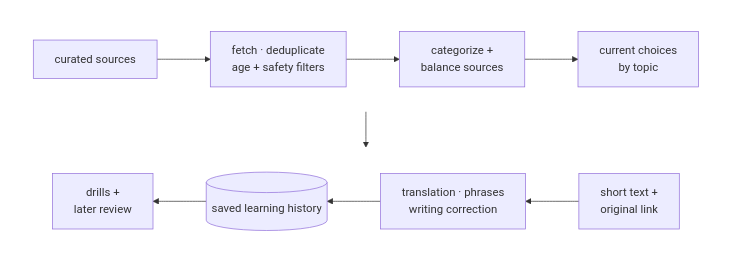
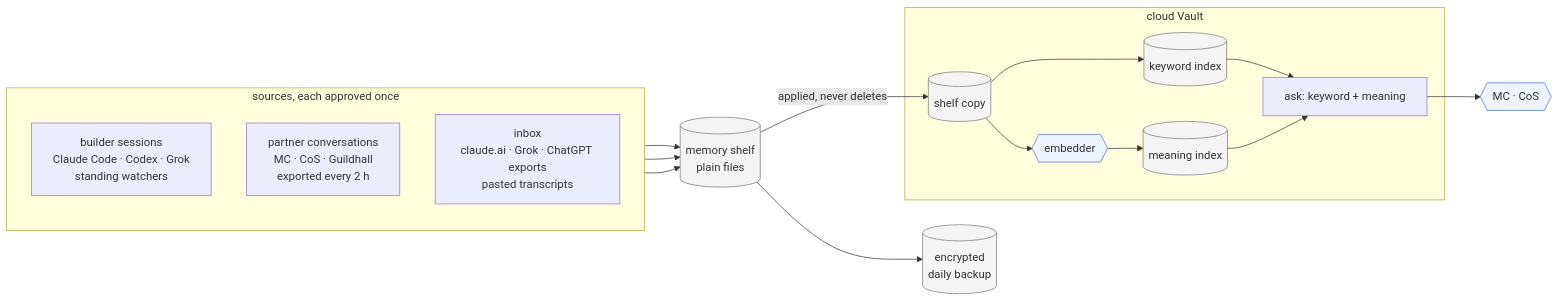
One commit to robertvanstedum/personal-ai-agents changed the tenth of 13 diagrams in ARCHITECTURE.md. Above: the diagram before and after it, drawn with Mermaid. The commit also changed other lines of this file and 9 other files, not shown here.

First line of the commit message:
Key docs for mini-moi 1.2 beta: README, ARCHITECTURE and a terms appendix

````diff
--- a/ARCHITECTURE.md
+++ b/ARCHITECTURE.md
@@ -554,21 +1048,26 @@
 ```mermaid
-flowchart TB
-    subgraph TOP[" "]
-        direction LR
-        A[curated sources] --> B[fetch · deduplicate<br/>age + safety filters]
-        B --> C[categorize +<br/>balance sources]
-        C --> D[current choices<br/>by topic]
+flowchart LR
+    subgraph SRC [sources, each approved once]
+        direction TB
+        A[builder sessions<br/>Claude Code · Codex · Grok<br/>standing watchers]
+        M[partner conversations<br/>MC · CoS · Guildhall<br/>exported every 2 h]
+        I[inbox<br/>claude.ai · Grok · ChatGPT exports<br/>pasted transcripts]
     end
-
-    subgraph BOTTOM[" "]
-        direction RL
-        E[short text +<br/>original link] --> F[translation · phrases<br/>writing correction]
-        F --> G[(saved learning history)]
-        G --> H[drills +<br/>later review]
+    A --> H[(memory shelf<br/>plain files)]
+    M --> H
+    I --> H
+    H -->|applied, never deletes| C
+    subgraph CLOUD [cloud Vault]
+        C[(shelf copy)] --> E{{embedder}}
+        C --> KI[(keyword index)]
+        E --> MI[(meaning index)]
+        KI --> K[ask: keyword + meaning]
+        MI --> K
     end
-
-    D --> E
-
-    style TOP fill:transparent,stroke:transparent
-    style BOTTOM fill:transparent,stroke:transparent
+    K --> P{{MC · CoS}}
+    H --> B[(encrypted<br/>daily backup)]
+    class E,P ai
+    class H,C,KI,MI,B store
+    classDef ai fill:#eef3ff,stroke:#4a6fd1
+    classDef store fill:#f4f4f4,stroke:#777
 ```
````
